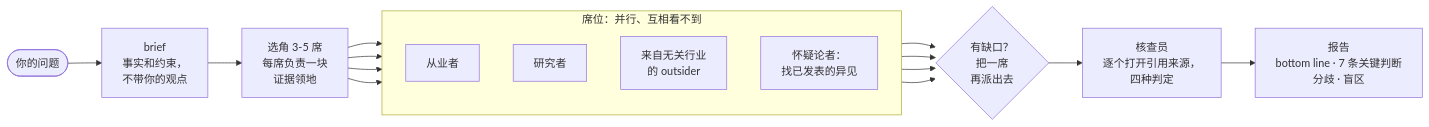
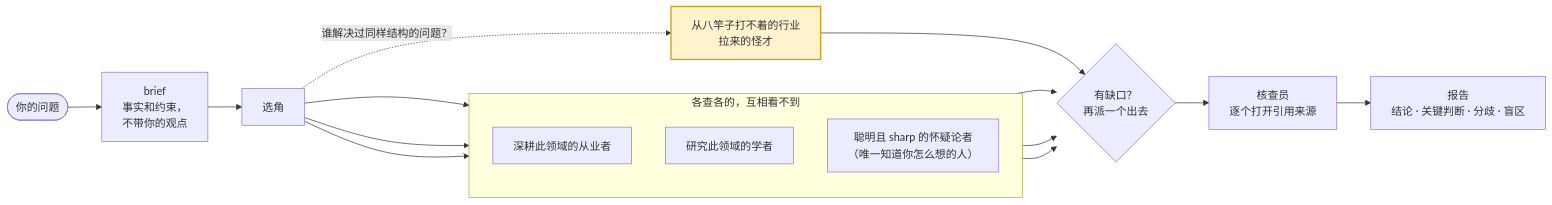
One commit to xhyumiracle/family-skill changed the diagram in README.zh-CN.md. Above: the diagram before and after it, drawn with Mermaid. The commit also changed other lines of this file and 1 other file, not shown here.

Commit message:
README: concrete roles in the diagram and text, the outsider drawn outside the crew, tagline and example question reworded

````diff
--- a/README.zh-CN.md
+++ b/README.zh-CN.md
@@ -15,16 +15,18 @@
 ```mermaid
 flowchart LR
   Q([你的问题]) --> B["brief<br/>事实和约束，<br/>不带你的观点"]
-  B --> C["选角 3-5 席<br/>每席负责一块<br/>证据领地"]
-  subgraph crew ["席位：并行、互相看不到"]
+  B --> C["选角"]
+  subgraph crew ["各查各的，互相看不到"]
     direction TB
-    S1["从业者"]
-    S2["研究者"]
-    S3["来自无关行业<br/>的 outsider"]
-    S4["怀疑论者：<br/>找已发表的异见"]
+    S1["深耕此领域的从业者"]
+    S2["研究此领域的学者"]
+    S4["聪明且 sharp 的怀疑论者<br/>（唯一知道你怎么想的人）"]
   end
-  C --> S1 & S2 & S3 & S4
-  S1 & S2 & S3 & S4 --> G{"有缺口？<br/>把一席<br/>再派出去"}
-  G --> V["核查员<br/>逐个打开引用来源，<br/>四种判定"]
-  V --> R["报告<br/>bottom line · 7 条关键判断<br/>分歧 · 盲区"]
+  O["从八竿子打不着的行业<br/>拉来的怪才"]:::far
+  C --> S1 & S2 & S4
+  C -. "谁解决过同样结构的问题？" .-> O
+  S1 & S2 & S4 & O --> G{"有缺口？<br/>再派一个出去"}
+  G --> V["核查员<br/>逐个打开引用来源"]
+  V --> R["报告<br/>结论 · 关键判断 · 分歧 · 盲区"]
+  classDef far fill:#fff3cd,stroke:#d4a017,stroke-width:2px
 ```
````
